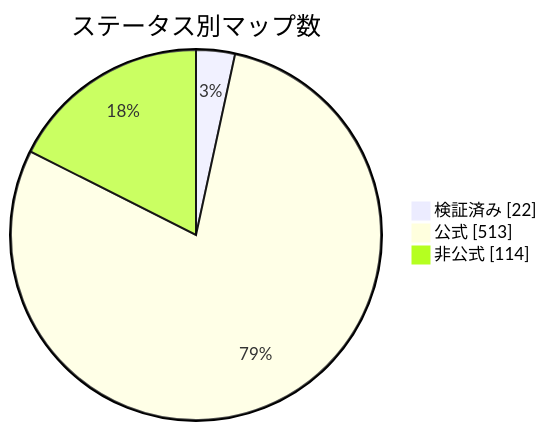
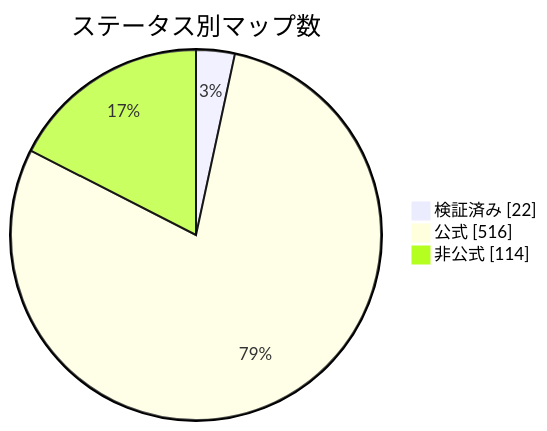
Before and after one commit to nobrega8/mbmap-library: the diagram in docs/readme/README_JP.md, drawn with Mermaid. The commit also changed 8 other files, not shown here.

````diff
--- a/docs/readme/README_JP.md
+++ b/docs/readme/README_JP.md
@@ -54,7 +54,7 @@
 ```mermaid
 pie showData
     title ステータス別マップ数
     "検証済み" : 22
-    "公式" : 513
+    "公式" : 516
     "非公式" : 114
 ```
````
